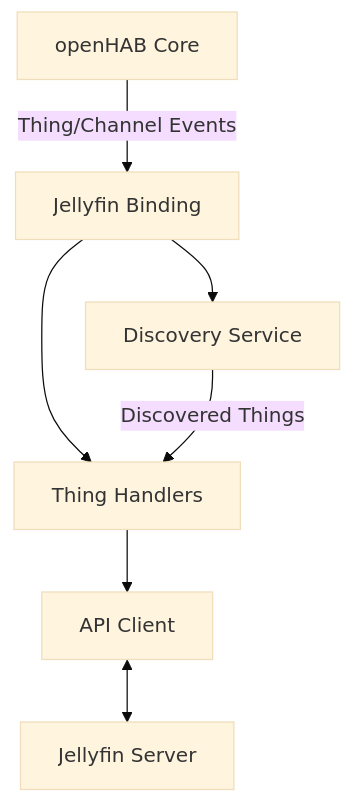
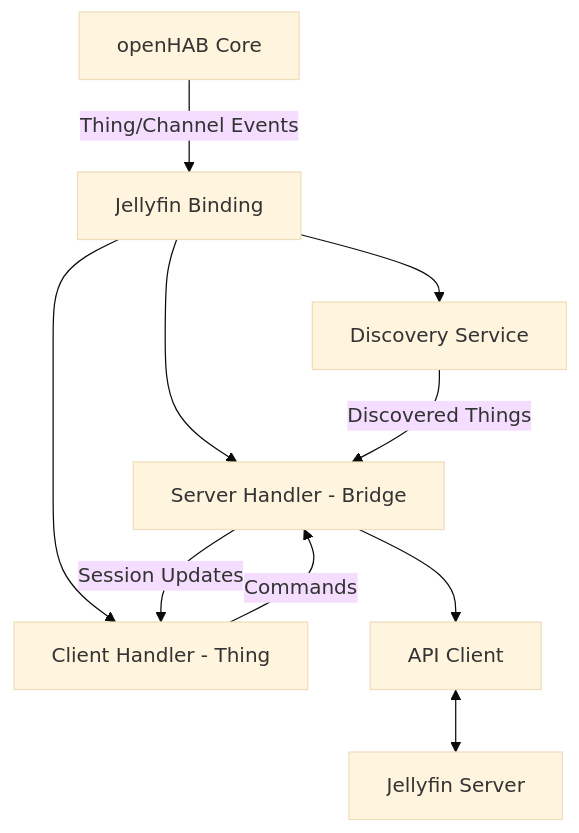
The first of 2 diagrams in bundles/org.openhab.binding.jellyfin/docs/architecture.md (openhab/openhab-addons), drawn with Mermaid (base theme) before and after one commit. The commit also changed other lines of this file and 4 other files, not shown here.

Commit message:
refactor(jellyfin): enhance client discovery and update architecture documentation

````diff
--- a/bundles/org.openhab.binding.jellyfin/docs/architecture.md
+++ b/bundles/org.openhab.binding.jellyfin/docs/architecture.md
@@ -35,17 +35,21 @@
 ```mermaid
 flowchart TD
     OH[openHAB Core]
     JB[Jellyfin Binding]
     JD[Discovery Service]
-    JH[Thing Handlers]
+    JH[Server Handler - Bridge]
+    JCH[Client Handler - Thing]
     JA[API Client]
     JS[Jellyfin Server]
 
     OH -->|Thing/Channel Events| JB
     JB --> JD
     JB --> JH
+    JB --> JCH
     JH --> JA
     JA <--> JS
     JD -->|Discovered Things| JH
+    JH -->|Session Updates| JCH
+    JCH -->|Commands| JH
     %% Note: Record members are omitted for clarity. See Record Details section.
 ```
````
